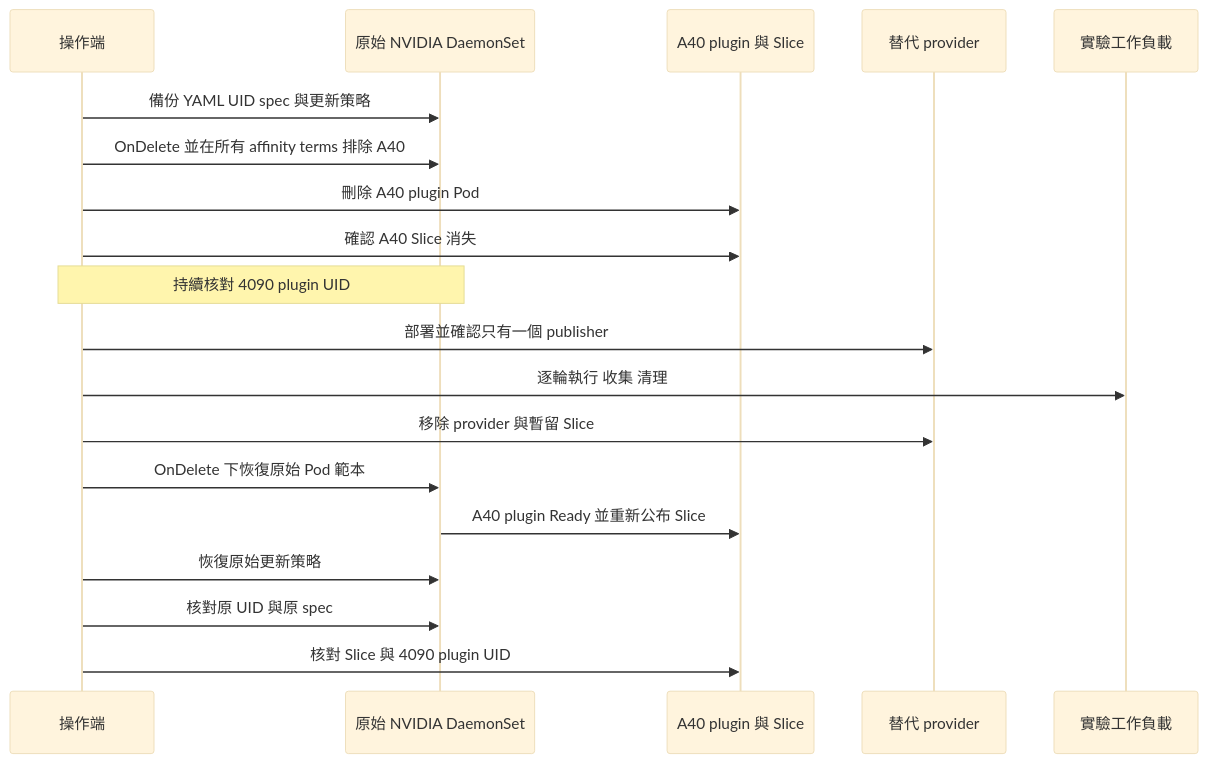
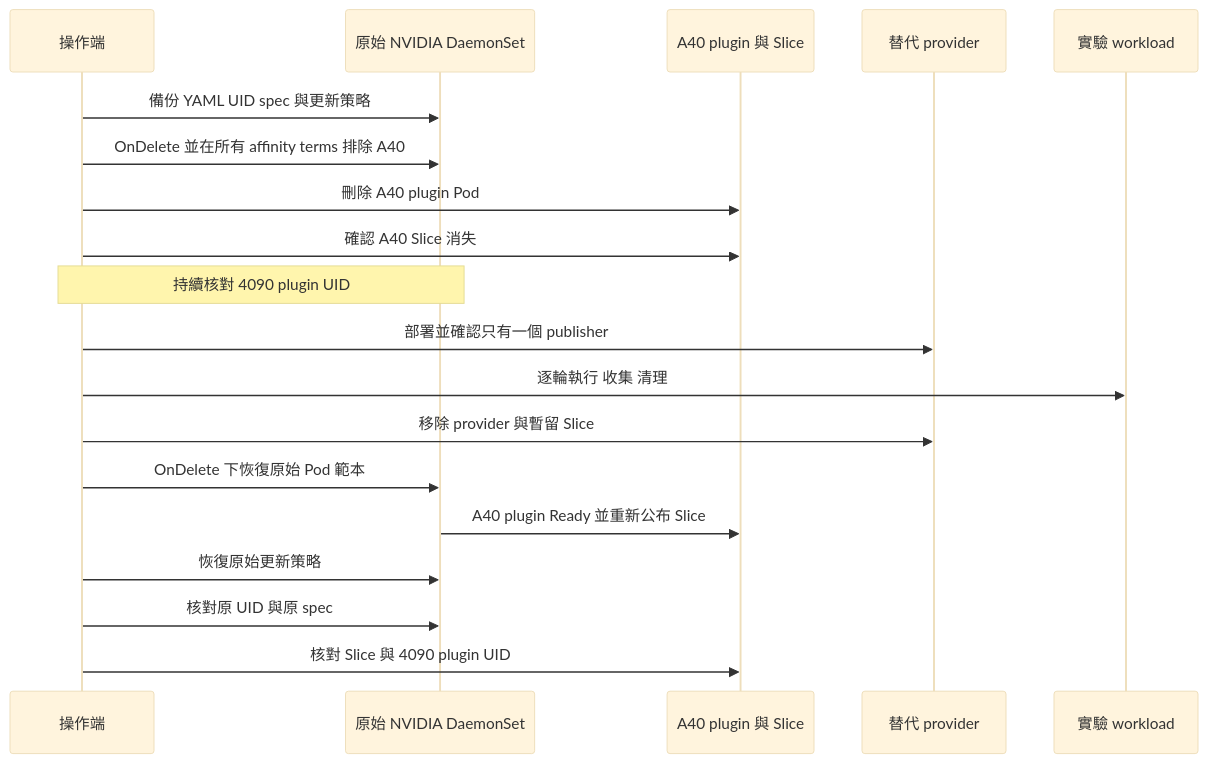
One commit to Daniel77871/dra-gpu-sharing-in-practice changed the second of 3 diagrams in book/04-isolation/README.md. Above: the diagram before and after it, drawn with Mermaid (base theme). The commit also changed other lines of this file and 80 other files, not shown here.

````diff
--- a/book/04-isolation/README.md
+++ b/book/04-isolation/README.md
@@ -68,21 +68,21 @@
 ```mermaid
 sequenceDiagram
     participant O as 操作端
     participant D as 原始 NVIDIA DaemonSet
     participant K as A40 plugin 與 Slice
     participant P as 替代 provider
-    participant W as 實驗工作負載
+    participant W as 實驗 workload
     O->>D: 備份 YAML UID spec 與更新策略
     O->>D: OnDelete 並在所有 affinity terms 排除 A40
     O->>K: 刪除 A40 plugin Pod
     O->>K: 確認 A40 Slice 消失
     Note over O,D: 持續核對 4090 plugin UID
     O->>P: 部署並確認只有一個 publisher
     O->>W: 逐輪執行 收集 清理
     O->>P: 移除 provider 與暫留 Slice
     O->>D: OnDelete 下恢復原始 Pod 範本
     D->>K: A40 plugin Ready 並重新公布 Slice
     O->>D: 恢復原始更新策略
     O->>D: 核對原 UID 與原 spec
     O->>K: 核對 Slice 與 4090 plugin UID
 ```
````
